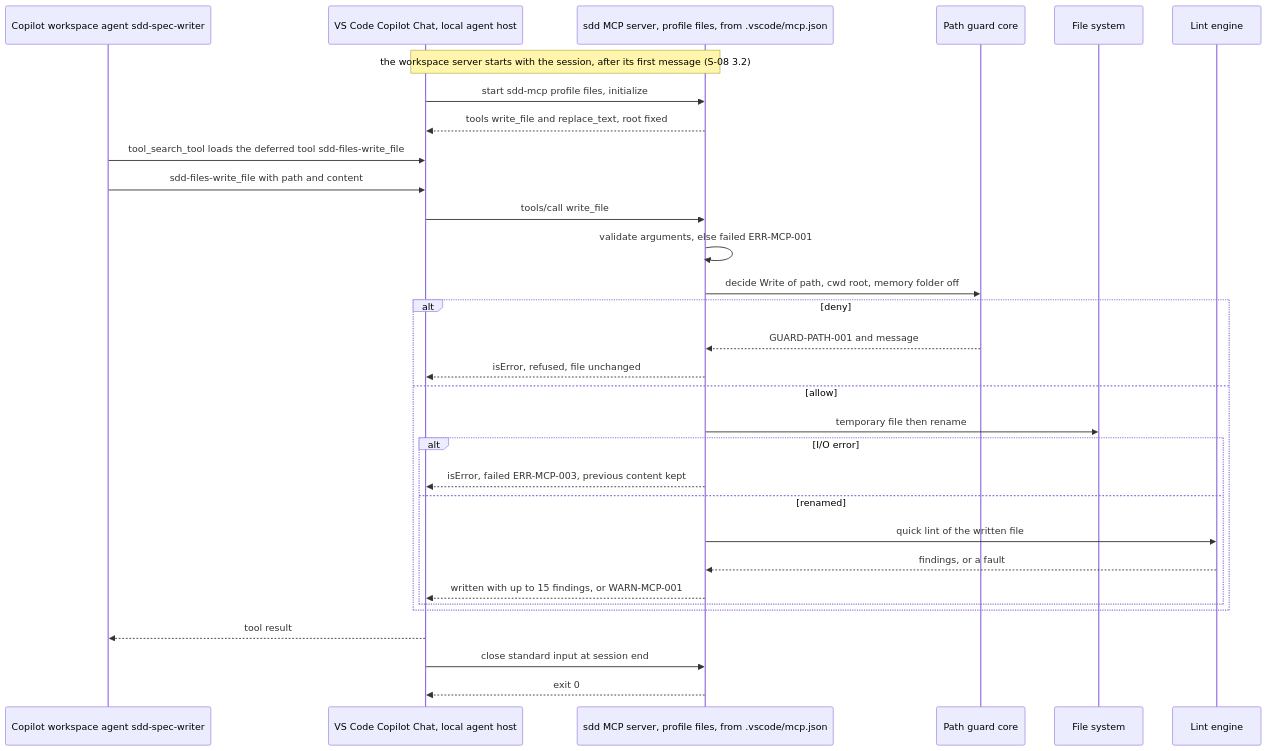
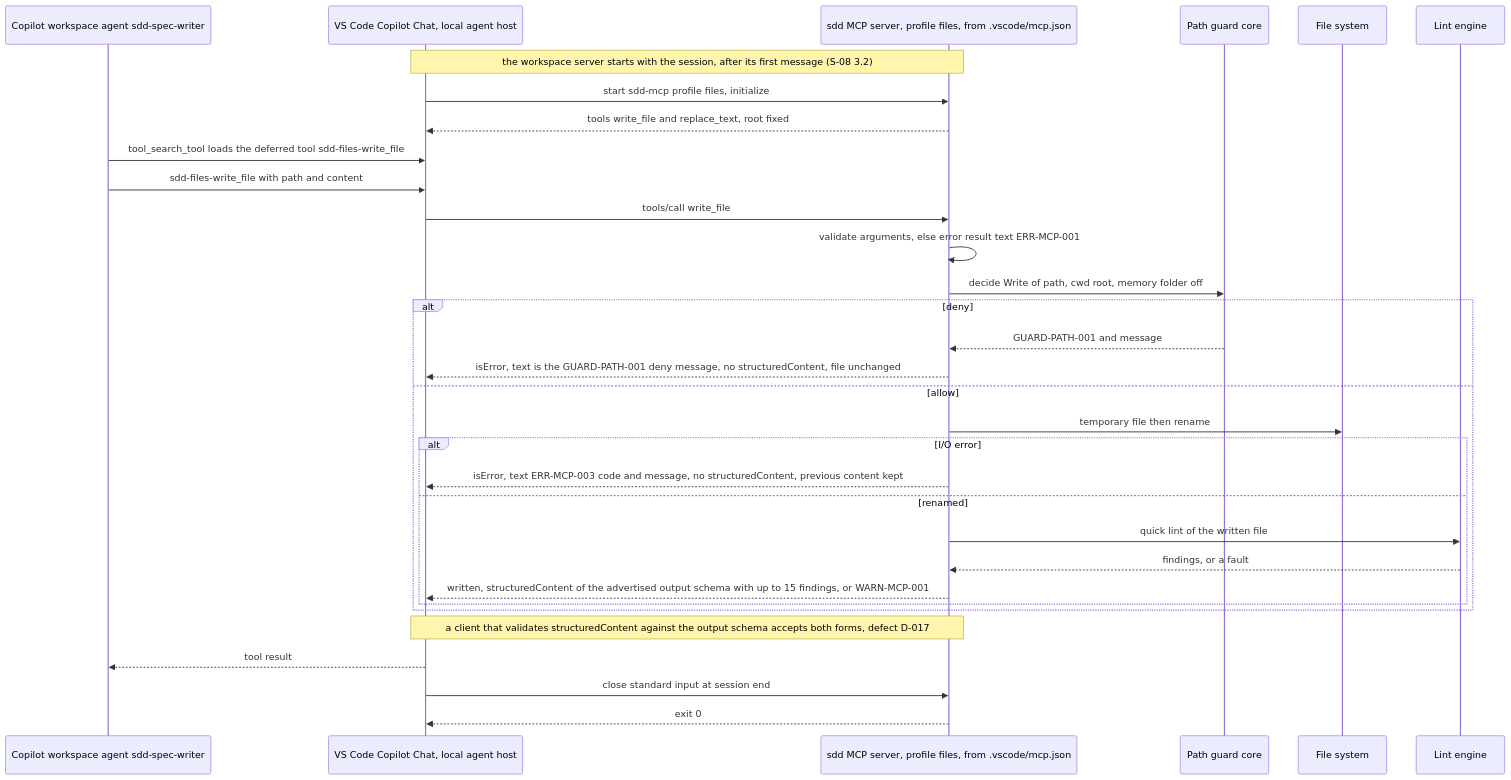
One commit to jlacube/spec-architect changed the fourth of 15 diagrams in .sdd/002-multi-platform-targets/10-spec/60-architecture/architecture.md. Above: the diagram before and after it, drawn with Mermaid. The commit also changed other lines of this file and 7 other files, not shown here.

````diff
--- a/.sdd/002-multi-platform-targets/10-spec/60-architecture/architecture.md
+++ b/.sdd/002-multi-platform-targets/10-spec/60-architecture/architecture.md
@@ -533,34 +541,35 @@
 ```mermaid
 sequenceDiagram
   %% F3 Copilot write through sdd-files. Realizes C002-TS-401 C002-TS-402 C002-TS-404 C002-TS-405 C002-TS-410 C002-TS-413 C002-TS-414 C002-TS-415
   participant C002_COMP_004 as Copilot workspace agent sdd-spec-writer
   participant VSC as VS Code Copilot Chat, local agent host
   participant C002_COMP_005 as sdd MCP server, profile files, from .vscode/mcp.json
   participant C002_COMP_012 as Path guard core
   participant FS as File system
   participant C001_COMP_04 as Lint engine
   Note over VSC,C002_COMP_005: the workspace server starts with the session, after its first message (S-08 3.2)
   VSC->>C002_COMP_005: start sdd-mcp profile files, initialize
   C002_COMP_005-->>VSC: tools write_file and replace_text, root fixed
   C002_COMP_004->>VSC: tool_search_tool loads the deferred tool sdd-files-write_file
   C002_COMP_004->>VSC: sdd-files-write_file with path and content
   VSC->>C002_COMP_005: tools/call write_file
-  C002_COMP_005->>C002_COMP_005: validate arguments, else failed ERR-MCP-001
+  C002_COMP_005->>C002_COMP_005: validate arguments, else error result text ERR-MCP-001
   C002_COMP_005->>C002_COMP_012: decide Write of path, cwd root, memory folder off
   alt deny
     C002_COMP_012-->>C002_COMP_005: GUARD-PATH-001 and message
-    C002_COMP_005-->>VSC: isError, refused, file unchanged
+    C002_COMP_005-->>VSC: isError, text is the GUARD-PATH-001 deny message, no structuredContent, file unchanged
   else allow
     C002_COMP_005->>FS: temporary file then rename
     alt I/O error
-      C002_COMP_005-->>VSC: isError, failed ERR-MCP-003, previous content kept
+      C002_COMP_005-->>VSC: isError, text ERR-MCP-003 code and message, no structuredContent, previous content kept
     else renamed
       C002_COMP_005->>C001_COMP_04: quick lint of the written file
       C001_COMP_04-->>C002_COMP_005: findings, or a fault
-      C002_COMP_005-->>VSC: written with up to 15 findings, or WARN-MCP-001
+      C002_COMP_005-->>VSC: written, structuredContent of the advertised output schema with up to 15 findings, or WARN-MCP-001
     end
   end
+  Note over VSC,C002_COMP_005: a client that validates structuredContent against the output schema accepts both forms, defect D-017
   VSC-->>C002_COMP_004: tool result
   VSC->>C002_COMP_005: close standard input at session end
   C002_COMP_005-->>VSC: exit 0
 ```
````
